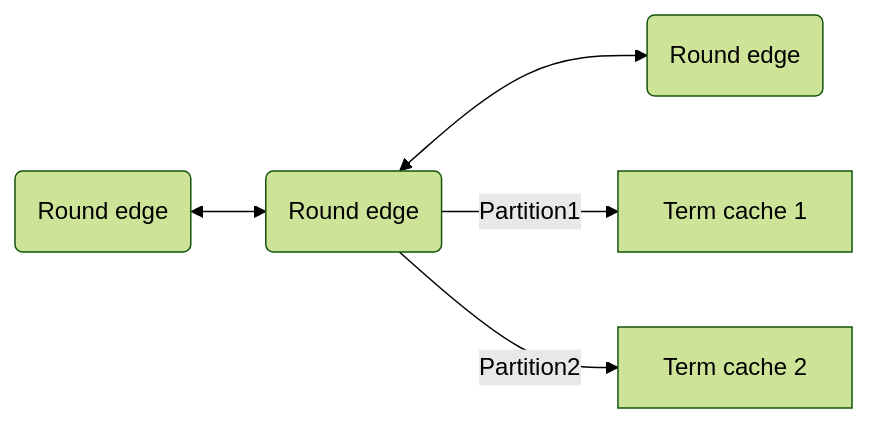
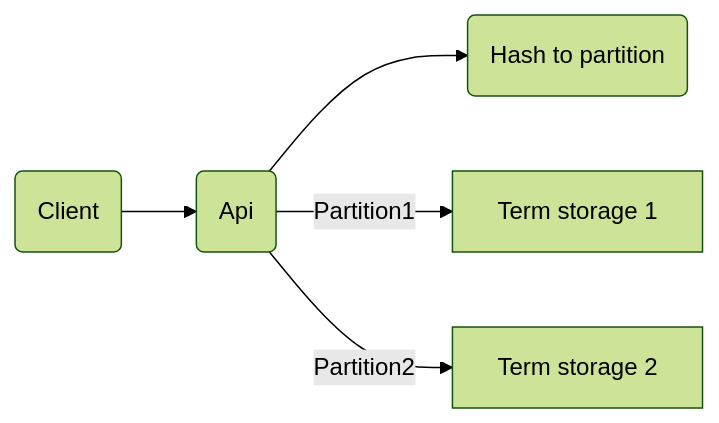
One commit to ohhi-vn/super_cache changed the second of 2 diagrams in README.md. Above: the diagram before and after it, drawn with Mermaid (forest theme). The commit also changed other lines of this file and 6 other files, not shown here.

````diff
--- a/README.md
+++ b/README.md
@@ -37,7 +37,7 @@
 ```mermaid
 graph LR
-Client(Round edge)<-->Api(Round edge)
-    Api<-->Hash(Round edge)
-    Api -->|Partition1| E1[Term cache 1]
-    Api -->|Partition2| E2[Term cache 2]
+Client(Client) --> Api(Api)
+    Api-->Hash(Hash to partition)
+    Api-->|Partition1| E1[Term storage 1]
+    Api-->|Partition2| E2[Term storage 2]
 ```
````
